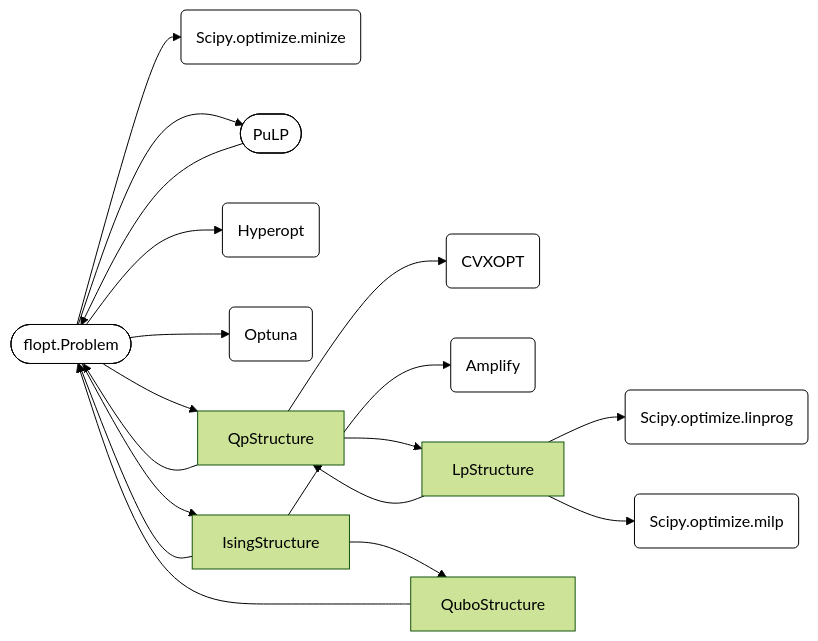
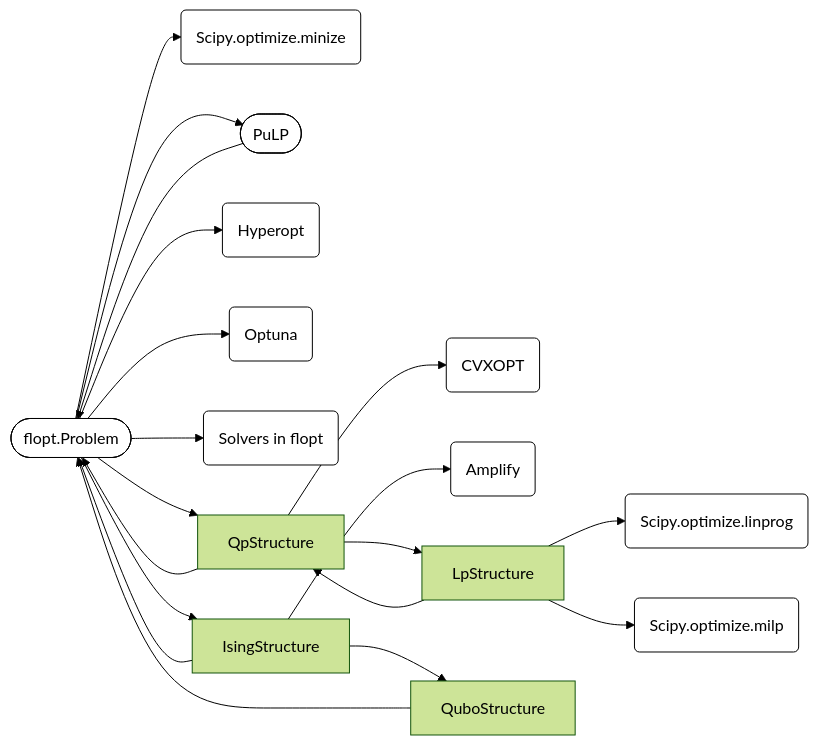
The third of 3 diagrams in docs/tutorial/convert/overview.rst (nariaki3551/flopt), drawn with Mermaid (forest theme) before and after one commit. The commit also changed other lines of this file and 21 other files, not shown here.

```diff
--- a/docs/tutorial/convert/overview.rst
+++ b/docs/tutorial/convert/overview.rst
@@ -52,51 +52,54 @@
 .. mermaid::
 
   graph LR
 
   flopt([flopt.Problem])
   style flopt fill:#fff,stroke:#000,stroke-width:1px
   CVXOPT(CVXOPT)
   style CVXOPT fill:#fff,stroke:#000,stroke-width:1px
   Scipy.optimize.linprog(Scipy.optimize.linprog)
   style Scipy.optimize.linprog fill:#fff,stroke:#000,stroke-width:1px
   Scipy.optimize.milp(Scipy.optimize.milp)
   style Scipy.optimize.milp fill:#fff,stroke:#000,stroke-width:1px
   Scipy.optimize.minimize(Scipy.optimize.minize)
   style Scipy.optimize.minimize fill:#fff,stroke:#000,stroke-width:1px
   PuLP([PuLP])
   style PuLP fill:#fff,stroke:#000,stroke-width:1px
   Hyperopt(Hyperopt)
   style Hyperopt fill:#fff,stroke:#000,stroke-width:1px
   Optuna(Optuna)
   style Optuna fill:#fff,stroke:#000,stroke-width:1px
   Amplify(Amplify)
   style Amplify fill:#fff,stroke:#000,stroke-width:1px
+  SolversInFlopt(Solvers in flopt)
+  style SolversInFlopt fill:#fff,stroke:#000,stroke-width:1px
 
   QpStructure[QpStructure]
   LpStructure[LpStructure]
   IsingStructure[IsingStructure]
   QuboStructure[QuboStructure]
 
   flopt --> QpStructure
   QpStructure --> flopt
 
   flopt --> IsingStructure
   IsingStructure --> flopt
 
   QpStructure --> LpStructure
   LpStructure --> QpStructure
 
   IsingStructure --> Amplify
   IsingStructure --> QuboStructure
   QuboStructure --> flopt
 
   QpStructure --> CVXOPT
   LpStructure --> Scipy.optimize.linprog
   LpStructure --> Scipy.optimize.milp
 
 
   flopt --> PuLP
   PuLP --> flopt
   flopt --> Hyperopt
   flopt --> Optuna
   flopt --> Scipy.optimize.minimize
+  flopt --> SolversInFlopt
```
